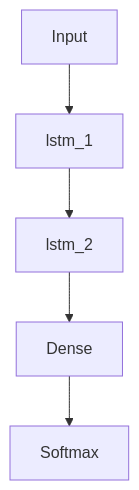
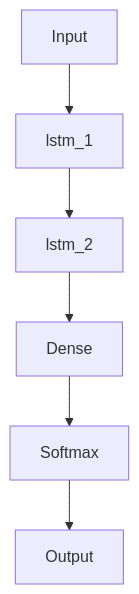
The diagram in README.md (ezaki-lab/waveform-classification-sample), drawn with Mermaid before and after one commit.

Commit message:
Change: モデルアーキテクチャを変更

````diff
--- a/README.md
+++ b/README.md
@@ -6,7 +6,8 @@
 ```mermaid
     graph TD;
         Input-->lstm_1;
         lstm_1-->lstm_2;
         lstm_2-->Dense;
         Dense-->Softmax;
+        Softmax-->Output;
 ```
````
